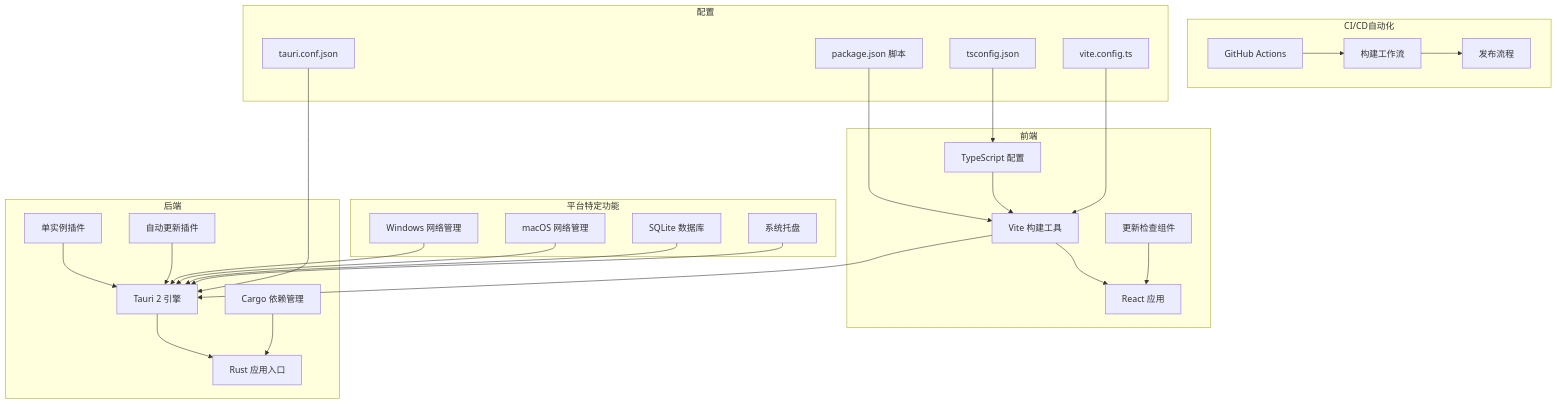
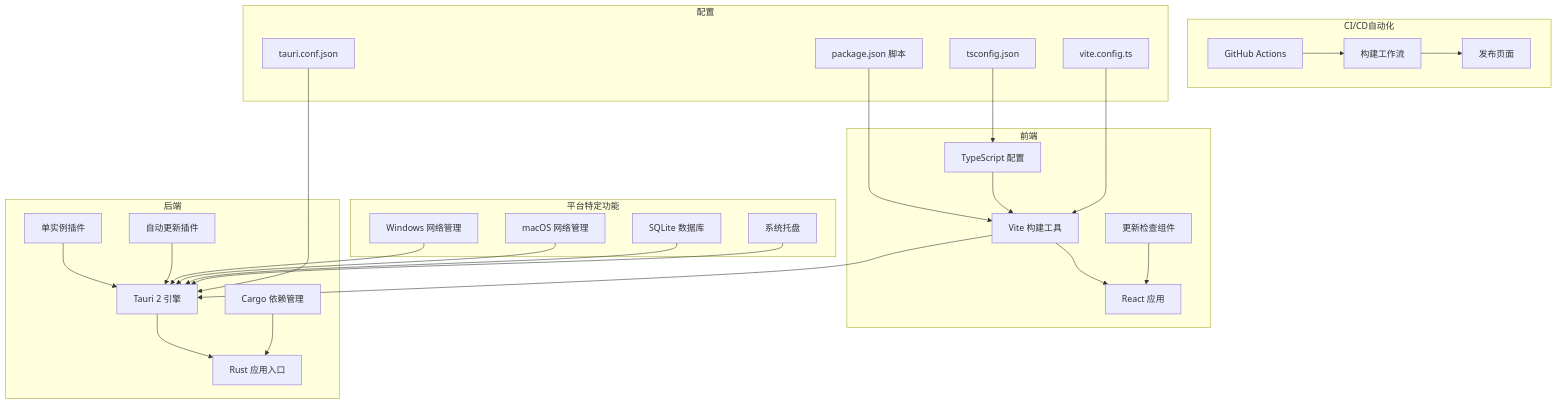
The first of 3 diagrams in .qoder/repowiki/zh/content/部署指南.md (xdongliang/IPSwitcher), drawn with Mermaid before and after one commit. The commit also changed other lines of this file and 10 other files, not shown here.

````diff
--- a/.qoder/repowiki/zh/content/部署指南.md
+++ b/.qoder/repowiki/zh/content/部署指南.md
@@ -53,51 +54,51 @@
 ```mermaid
 graph TB
 subgraph "前端"
 Vite["Vite 构建工具"]
 React["React 应用"]
 TS["TypeScript 配置"]
 UpdateChecker["更新检查组件"]
 end
 subgraph "后端"
 Tauri["Tauri 2 引擎"]
 RustApp["Rust 应用入口"]
 Cargo["Cargo 依赖管理"]
 SingleInstance["单实例插件"]
 Updater["自动更新插件"]
 end
 subgraph "平台特定功能"
 WindowsNet["Windows 网络管理"]
 MacOSNet["macOS 网络管理"]
 SQLiteDB["SQLite 数据库"]
 TrayIcon["系统托盘"]
 end
 subgraph "CI/CD自动化"
 Actions["GitHub Actions"]
 Workflow["构建工作流"]
-Release["发布流程"]
+Release["发布页面"]
 end
 subgraph "配置"
 Pkg["package.json 脚本"]
 VConf["vite.config.ts"]
 TConf["tauri.conf.json"]
 Cfg["tsconfig.json"]
 end
 Pkg --> Vite
 Vite --> React
 TS --> Vite
 Vite --> Tauri
 Tauri --> RustApp
 Cargo --> RustApp
 SingleInstance --> Tauri
 Updater --> Tauri
 WindowsNet --> Tauri
 MacOSNet --> Tauri
 SQLiteDB --> Tauri
 TrayIcon --> Tauri
 VConf --> Vite
 TConf --> Tauri
 Cfg --> TS
 Actions --> Workflow
 Workflow --> Release
 UpdateChecker --> React
 ```
````
